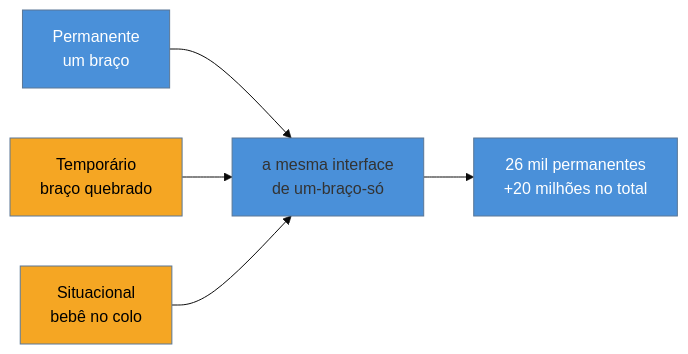
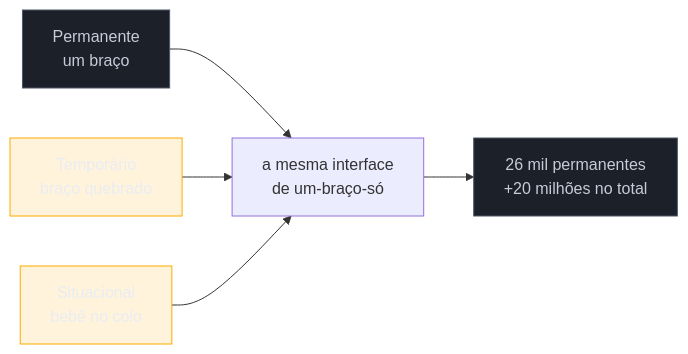
The diagram in 03-Dominios/Tecnologia/Acessibilidade/Fundamentos e Modelo Mental/01 - A11y é ofício, não checklist.md (josenaldo/codex-technomanticus), drawn with Mermaid before and after one commit. The commit also changed 1181 other files, not shown here.

First line of the commit message:
fix(diagramas): paleta do sistema no lugar de cor cravada no markdown

````diff
--- a/03-Dominios/Tecnologia/Acessibilidade/Fundamentos e Modelo Mental/01 - A11y é ofício, não checklist.md
+++ b/03-Dominios/Tecnologia/Acessibilidade/Fundamentos e Modelo Mental/01 - A11y é ofício, não checklist.md
@@ -60,12 +60,13 @@
 ```mermaid
-%%{init: {"theme": "base", "themeVariables": {"primaryColor": "#4A90D9"}}}%%
 graph LR
+    classDef neutro fill:#1B2029,stroke:#4E5666,color:#C6CCD8
+    classDef destaque fill:#FFAA0024,stroke:#FFAA00,color:#E9ECF2
     P["Permanente<br/>um braço"] --> S["a mesma interface<br/>de um-braço-só"]
     T["Temporário<br/>braço quebrado"] --> S
     Si["Situacional<br/>bebê no colo"] --> S
     S --> M["26 mil permanentes<br/>+20 milhões no total"]
-    style P fill:#4A90D9,color:#fff
-    style T fill:#F5A623,color:#000
-    style Si fill:#F5A623,color:#000
-    style M fill:#4A90D9,color:#fff
+    class P neutro
+    class T destaque
+    class Si destaque
+    class M neutro
 ```
````
